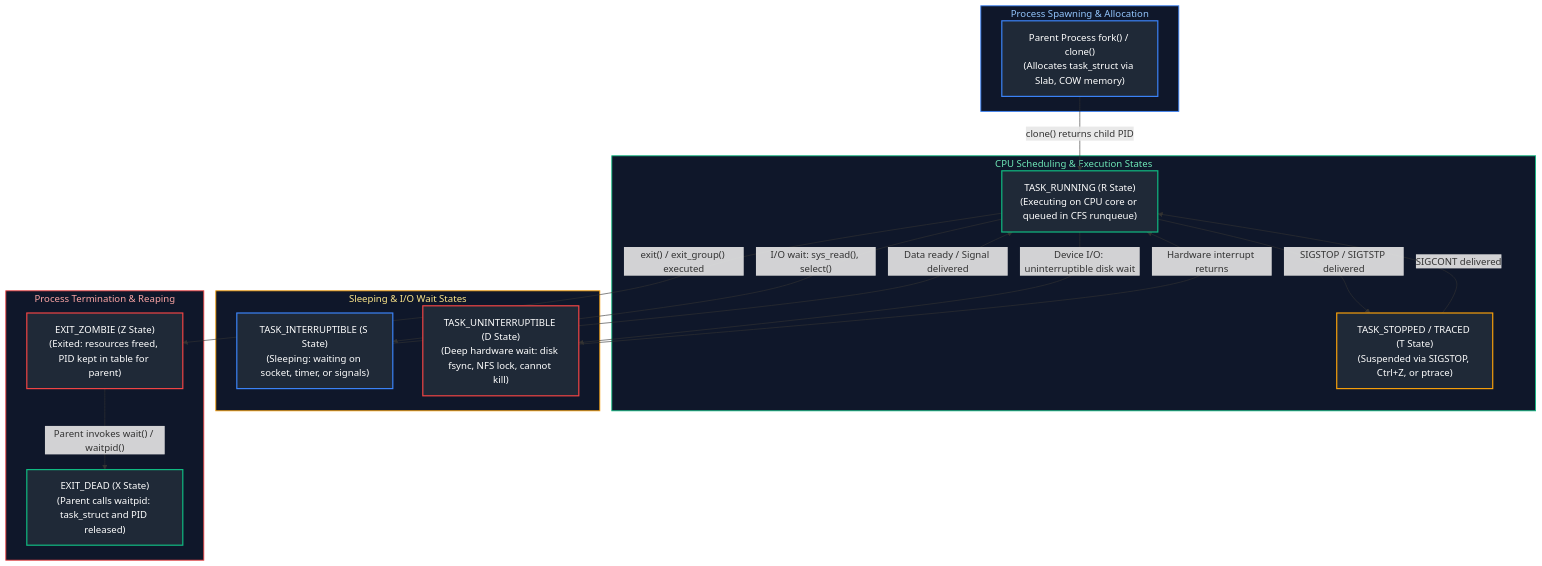
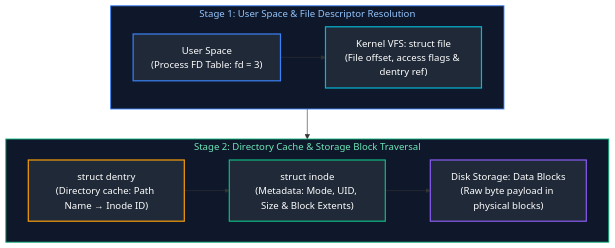
One commit to joydeep-biswas/Interview-Preparation changed the second of 5 diagrams in Cloud Engineering/01_linux_operating_systems_and_scripting.md. Above: the diagram before and after it, drawn with Mermaid. The commit also changed other lines of this file and 76 other files, not shown here.

Commit message:
Updated Charts

````diff
--- a/Cloud Engineering/01_linux_operating_systems_and_scripting.md
+++ b/Cloud Engineering/01_linux_operating_systems_and_scripting.md
@@ -252,44 +114,22 @@
 ```mermaid
 flowchart TD
-    subgraph Spawning ["Process Spawning & Allocation"]
-        Fork["Parent Process fork() / clone()<br/>(Allocates task_struct via Slab, COW memory)"]
+    subgraph Stage1 ["Stage 1: User Space & File Descriptor Resolution"]
+        direction LR
+        UserSpace["User Space<br/>(Process FD Table: fd = 3)"] --> KernelVFS["Kernel VFS: struct file<br/>(File offset, access flags & dentry ref)"]
     end
 
-    subgraph SchedState ["CPU Scheduling & Execution States"]
-        Running["TASK_RUNNING (R State)<br/>(Executing on CPU core or queued in CFS runqueue)"]
-        Stopped["TASK_STOPPED / TRACED (T State)<br/>(Suspended via SIGSTOP, Ctrl+Z, or ptrace)"]
+    subgraph Stage2 ["Stage 2: Directory Cache & Storage Block Traversal"]
+        direction LR
+        Dentry["struct dentry<br/>(Directory cache: Path Name → Inode ID)"] --> Inode["struct inode<br/>(Metadata: Mode, UID, Size & Block Extents)"] --> Disk["Disk Storage: Data Blocks<br/>(Raw byte payload in physical blocks)"]
     end
 
-    subgraph SleepState ["Sleeping & I/O Wait States"]
-        IntSleep["TASK_INTERRUPTIBLE (S State)<br/>(Sleeping: waiting on socket, timer, or signals)"]
-        UnintSleep["TASK_UNINTERRUPTIBLE (D State)<br/>(Deep hardware wait: disk fsync, NFS lock, cannot kill)"]
-    end
+    Stage1 --> Stage2
 
-    subgraph Termination ["Process Termination & Reaping"]
-        Zombie["EXIT_ZOMBIE (Z State)<br/>(Exited: resources freed, PID kept in table for parent)"]
-        Dead["EXIT_DEAD (X State)<br/>(Parent calls waitpid: task_struct and PID released)"]
-    end
-
-    Fork -->|"clone() returns child PID"| Running
-    Running -->|"I/O wait: sys_read(), select()"| IntSleep
-    IntSleep -->|"Data ready / Signal delivered"| Running
-    Running -->|"Device I/O: uninterruptible disk wait"| UnintSleep
-    UnintSleep -->|"Hardware interrupt returns"| Running
-    Running -->|"SIGSTOP / SIGTSTP delivered"| Stopped
-    Stopped -->|"SIGCONT delivered"| Running
-    Running -->|"exit() / exit_group() executed"| Zombie
-    Zombie -->|"Parent invokes wait() / waitpid()"| Dead
-
-    style Spawning fill:#0f172a,stroke:#3b82f6,stroke-width:1.5px,color:#93c5fd
-    style SchedState fill:#0f172a,stroke:#10b981,stroke-width:1.5px,color:#6ee7b7
-    style SleepState fill:#0f172a,stroke:#f59e0b,stroke-width:1.5px,color:#fde68a
-    style Termination fill:#0f172a,stroke:#ef4444,stroke-width:1.5px,color:#fca5a5
-
-    style Fork fill:#1f2937,stroke:#3b82f6,stroke-width:2px,color:#fff
-    style Running fill:#1f2937,stroke:#10b981,stroke-width:2px,color:#fff
-    style Stopped fill:#1f2937,stroke:#f59e0b,stroke-width:2px,color:#fff
-    style IntSleep fill:#1f2937,stroke:#3b82f6,stroke-width:2px,color:#fff
-    style UnintSleep fill:#1f2937,stroke:#ef4444,stroke-width:2px,color:#fff
-    style Zombie fill:#1f2937,stroke:#ef4444,stroke-width:2px,color:#fff
-    style Dead fill:#1f2937,stroke:#10b981,stroke-width:2px,color:#fff
+    style Stage1 fill:#0f172a,stroke:#3b82f6,stroke-width:1.5px,color:#93c5fd
+    style Stage2 fill:#0f172a,stroke:#10b981,stroke-width:1.5px,color:#6ee7b7
+    style UserSpace fill:#1f2937,stroke:#3b82f6,stroke-width:2px,color:#fff
+    style KernelVFS fill:#1f2937,stroke:#06b6d4,stroke-width:2px,color:#fff
+    style Dentry fill:#1f2937,stroke:#f59e0b,stroke-width:2px,color:#fff
+    style Inode fill:#1f2937,stroke:#10b981,stroke-width:2px,color:#fff
+    style Disk fill:#1f2937,stroke:#8b5cf6,stroke-width:2px,color:#fff
 ```
````
